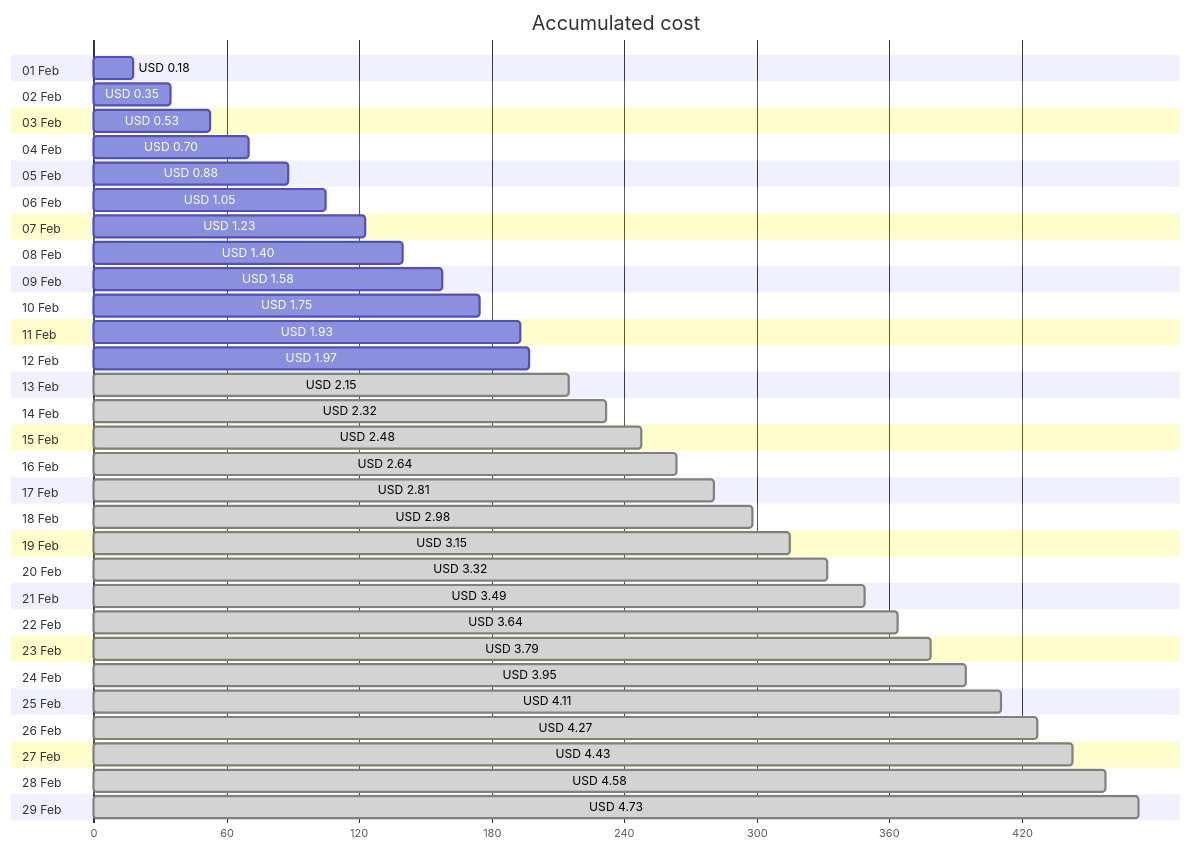
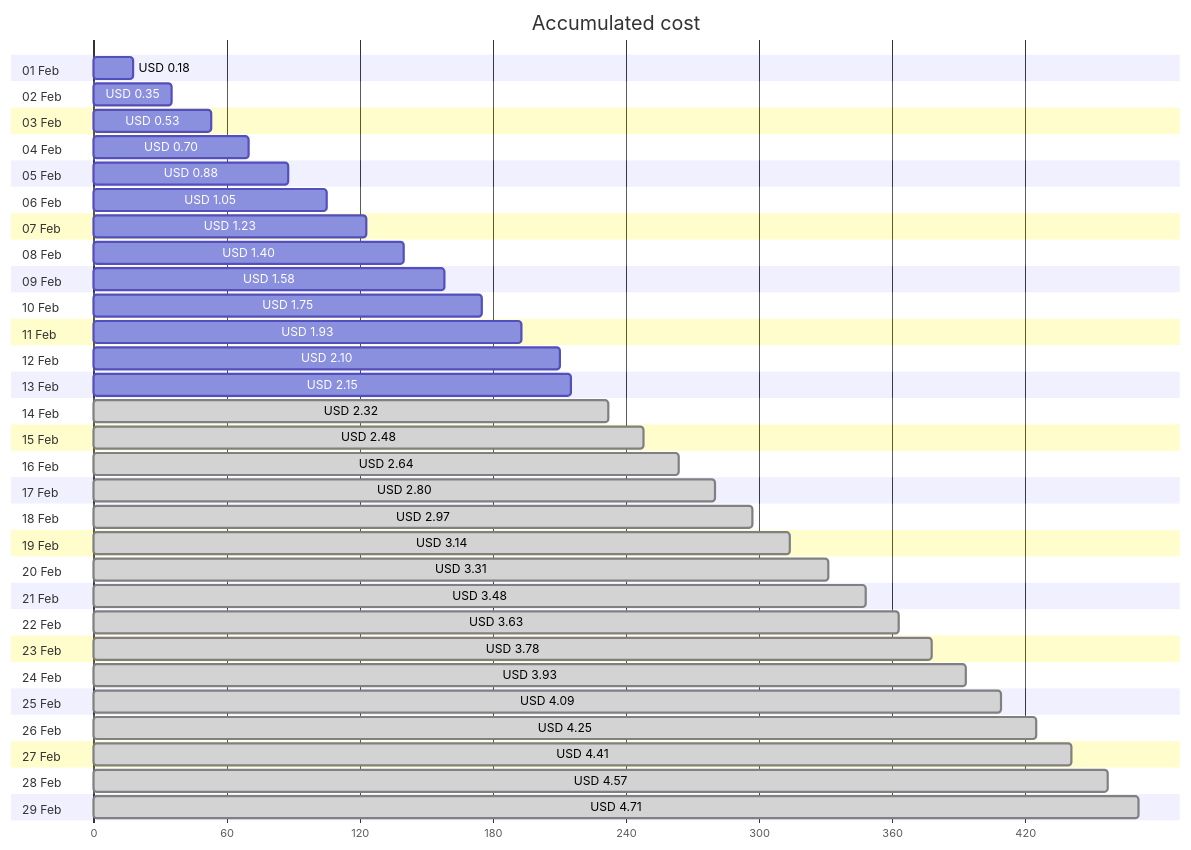
One commit to jpfulton/azure-personal-reports changed the first of 4 diagrams in cost-reports/personal-network/backup-server.md. Above: the diagram before and after it, drawn with Mermaid. The commit also changed other lines of this file and 8 other files, not shown here.

````diff
--- a/cost-reports/personal-network/backup-server.md
+++ b/cost-reports/personal-network/backup-server.md
@@ -20,64 +20,64 @@
 ```mermaid
 gantt
    title Accumulated cost
    dateFormat  X
    axisFormat %s
    section 01 Feb
    USD 0.18 :0, 18
    section 02 Feb
    USD 0.35 :0, 35
    section 03 Feb
    USD 0.53 :0, 53
    section 04 Feb
    USD 0.70 :0, 70
    section 05 Feb
    USD 0.88 :0, 88
    section 06 Feb
    USD 1.05 :0, 105
    section 07 Feb
    USD 1.23 :0, 123
    section 08 Feb
    USD 1.40 :0, 140
    section 09 Feb
    USD 1.58 :0, 158
    section 10 Feb
    USD 1.75 :0, 175
    section 11 Feb
    USD 1.93 :0, 193
    section 12 Feb
-   USD 1.97 :0, 197
+   USD 2.10 :0, 210
    section 13 Feb
-   USD 2.15 : done, 0, 215
+   USD 2.15 :0, 215
    section 14 Feb
    USD 2.32 : done, 0, 232
    section 15 Feb
    USD 2.48 : done, 0, 248
    section 16 Feb
    USD 2.64 : done, 0, 264
    section 17 Feb
-   USD 2.81 : done, 0, 281
+   USD 2.80 : done, 0, 280
    section 18 Feb
-   USD 2.98 : done, 0, 298
+   USD 2.97 : done, 0, 297
    section 19 Feb
-   USD 3.15 : done, 0, 315
+   USD 3.14 : done, 0, 314
    section 20 Feb
-   USD 3.32 : done, 0, 332
+   USD 3.31 : done, 0, 331
    section 21 Feb
-   USD 3.49 : done, 0, 349
+   USD 3.48 : done, 0, 348
    section 22 Feb
-   USD 3.64 : done, 0, 364
+   USD 3.63 : done, 0, 363
    section 23 Feb
-   USD 3.79 : done, 0, 379
+   USD 3.78 : done, 0, 378
    section 24 Feb
-   USD 3.95 : done, 0, 395
+   USD 3.93 : done, 0, 393
    section 25 Feb
-   USD 4.11 : done, 0, 411
+   USD 4.09 : done, 0, 409
    section 26 Feb
-   USD 4.27 : done, 0, 427
+   USD 4.25 : done, 0, 425
    section 27 Feb
-   USD 4.43 : done, 0, 443
+   USD 4.41 : done, 0, 441
    section 28 Feb
-   USD 4.58 : done, 0, 458
+   USD 4.57 : done, 0, 457
    section 29 Feb
-   USD 4.73 : done, 0, 473
+   USD 4.71 : done, 0, 471
 ```
````
